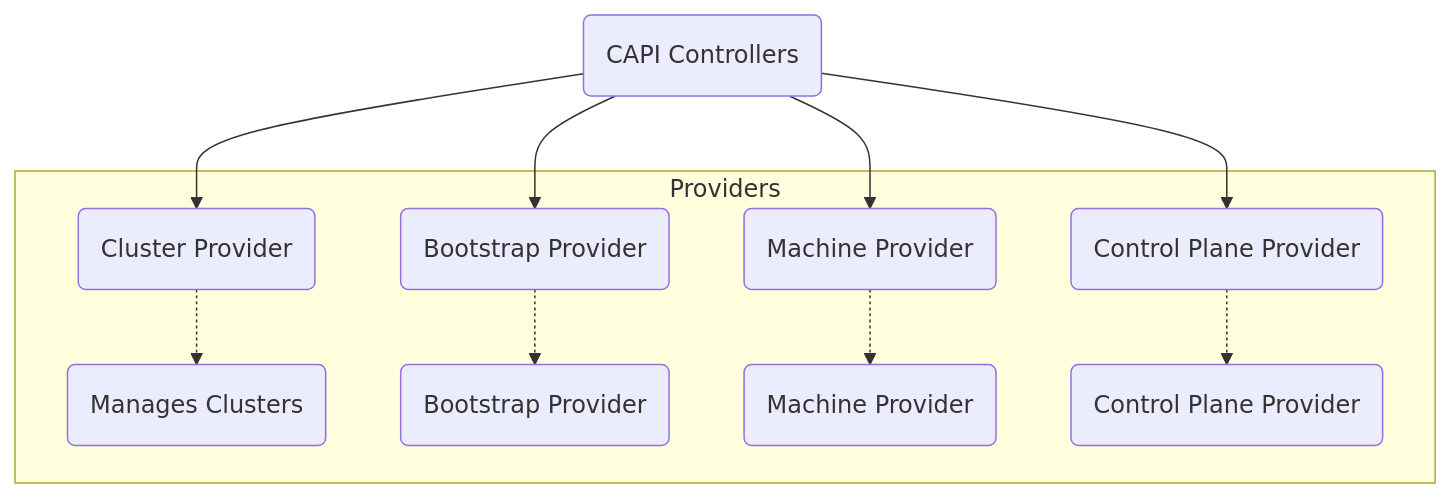
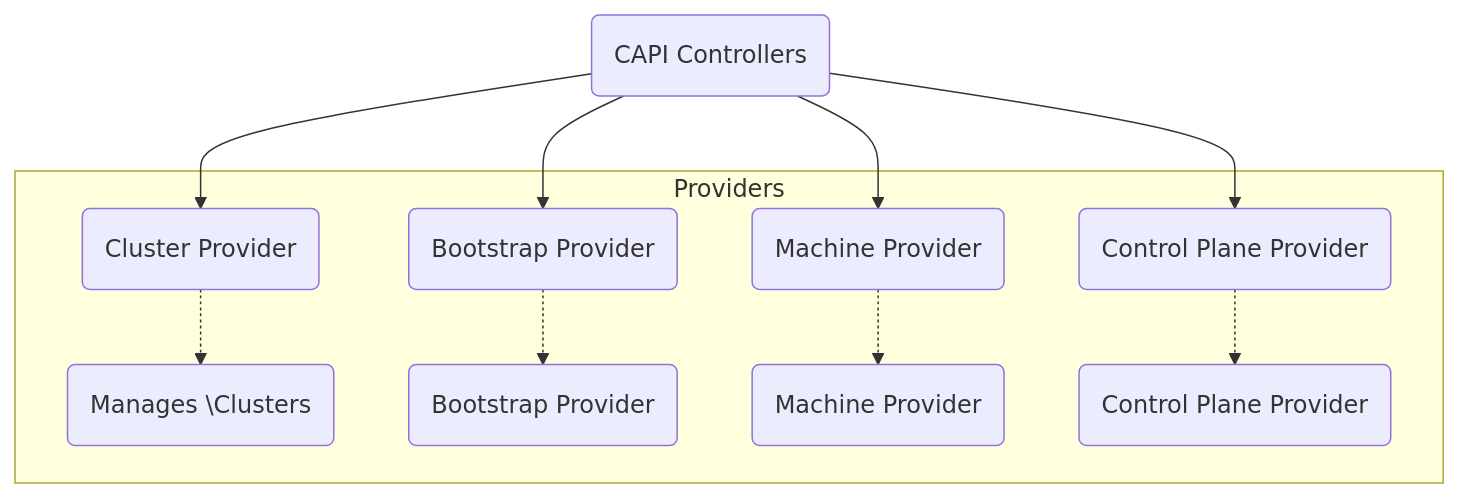
One commit to aiyengar2/k8s-docs changed the second of 2 diagrams in docs/provisioning/00_capi.md. Above: the diagram before and after it, drawn with Mermaid.

````diff
--- a/docs/provisioning/00_capi.md
+++ b/docs/provisioning/00_capi.md
@@ -57,25 +57,25 @@
 ```mermaid
 graph TD
     CAPIControllers("CAPI Controllers")
     subgraph Providers
     ClusterProvider("Cluster Provider")
     BootstrapProvider("Bootstrap Provider")
     MachineProvider("Machine Provider")
     ControlPlaneProvider("Control Plane Provider")
 
-    ClusterProviderDescription("Manages <Infrastructure>Clusters")
+    ClusterProviderDescription("Manages \<Infrastructure\>Clusters")
     BootstrapProviderDescription("Bootstrap Provider")
     MachineProviderDescription("Machine Provider")
     ControlPlaneProviderDescription("Control Plane Provider")
     end
 
     CAPIControllers-->ClusterProvider
     CAPIControllers-->BootstrapProvider
     CAPIControllers-->MachineProvider
     CAPIControllers-->ControlPlaneProvider
     
     ClusterProvider-.->ClusterProviderDescription
     BootstrapProvider-.->BootstrapProviderDescription
     MachineProvider-.->MachineProviderDescription
     ControlPlaneProvider-.->ControlPlaneProviderDescription
 ```
````
